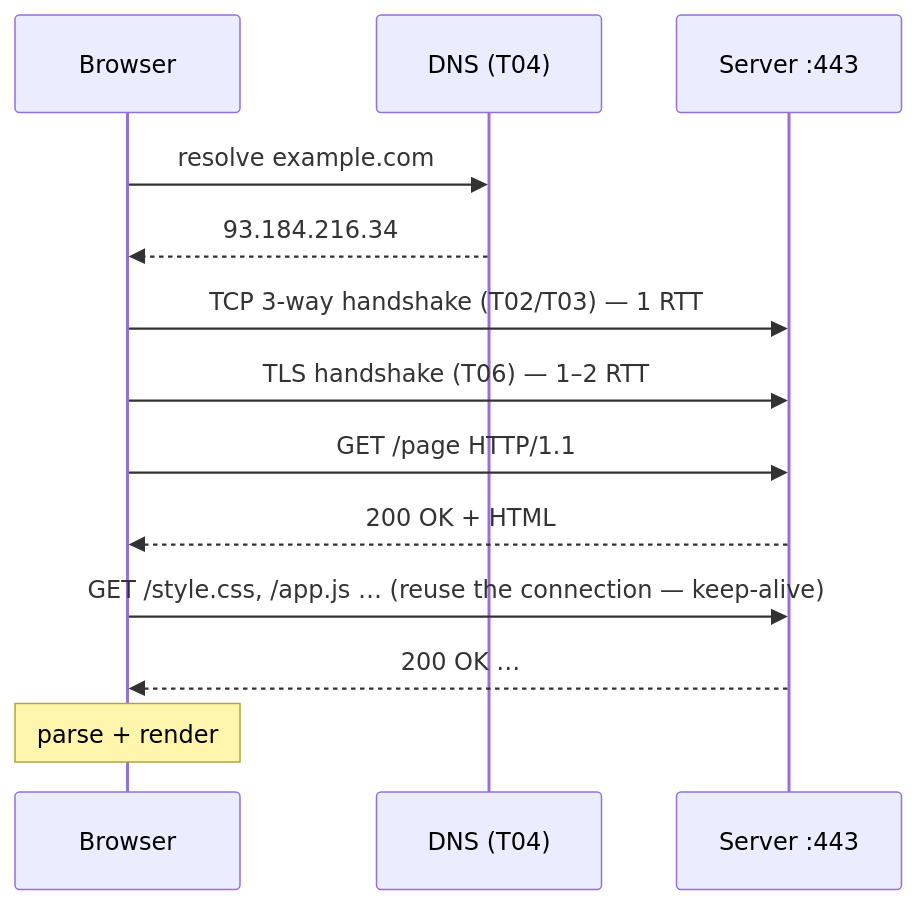
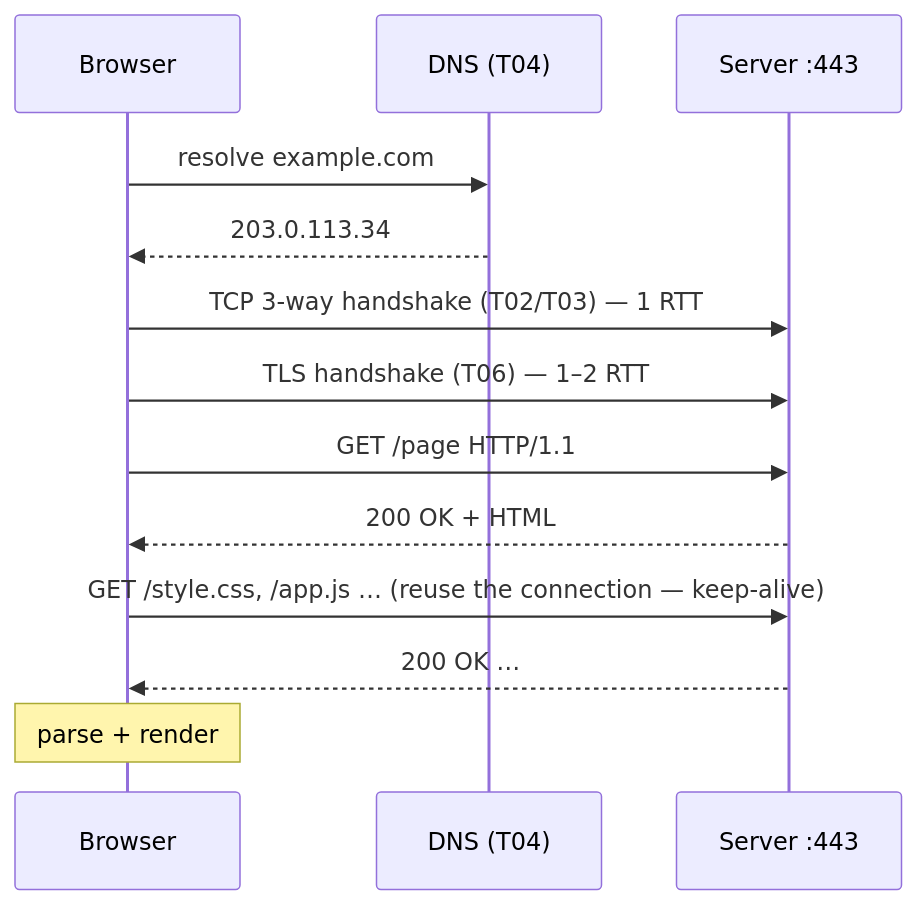
One commit to MR0100/java_book changed the second of 4 diagrams in content/L2-intermediate-backend/C03-networking-fundamentals/T05-http-https-lifecycle.md. Above: the diagram before and after it, drawn with Mermaid. The commit also changed other lines of this file and 320 other files, not shown here.

````diff
--- a/content/L2-intermediate-backend/C03-networking-fundamentals/T05-http-https-lifecycle.md
+++ b/content/L2-intermediate-backend/C03-networking-fundamentals/T05-http-https-lifecycle.md
@@ -95,15 +95,15 @@
 ```mermaid
 sequenceDiagram
   participant B as Browser
   participant D as DNS (T04)
   participant S as Server :443
   B->>D: resolve example.com
-  D-->>B: 93.184.216.34
+  D-->>B: 203.0.113.34
   B->>S: TCP 3-way handshake (T02/T03) — 1 RTT
   B->>S: TLS handshake (T06) — 1–2 RTT
   B->>S: GET /page HTTP/1.1
   S-->>B: 200 OK + HTML
   B->>S: GET /style.css, /app.js … (reuse the connection — keep-alive)
   S-->>B: 200 OK …
   Note over B: parse + render
 ```
````
